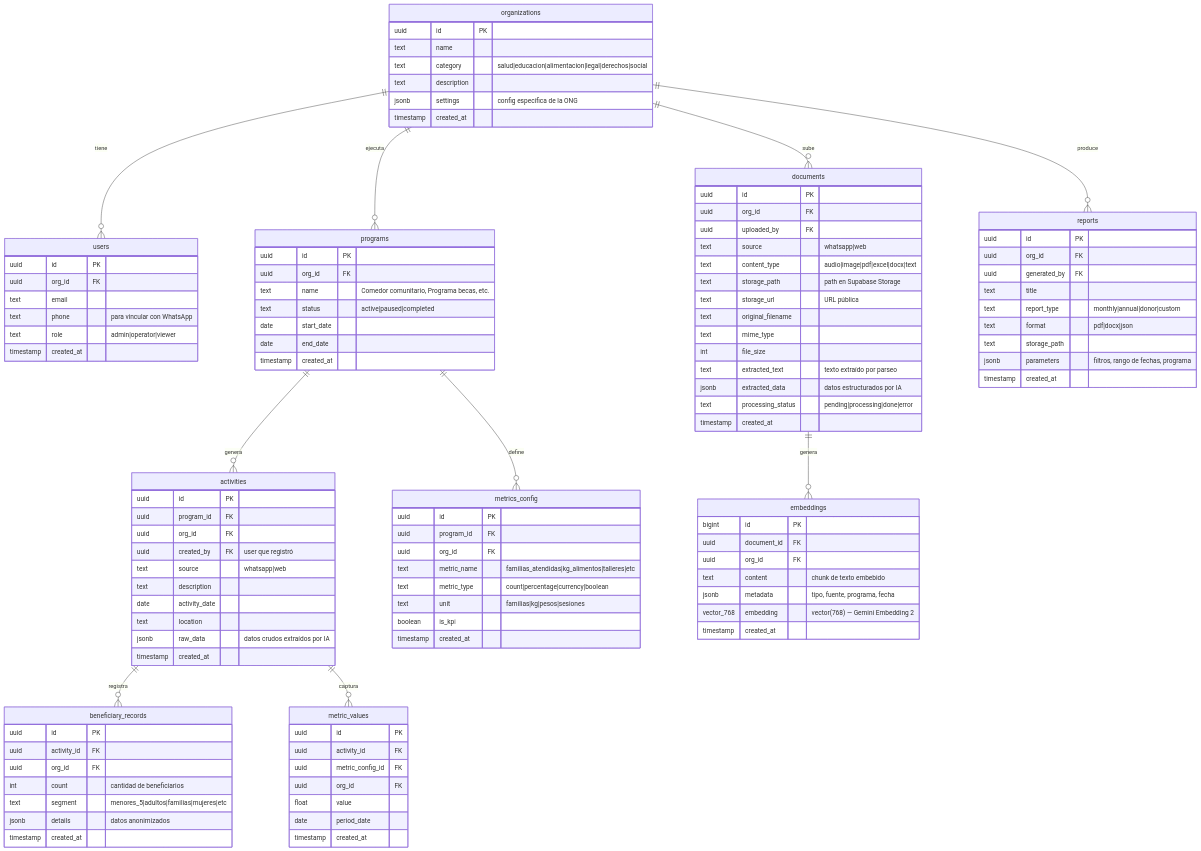
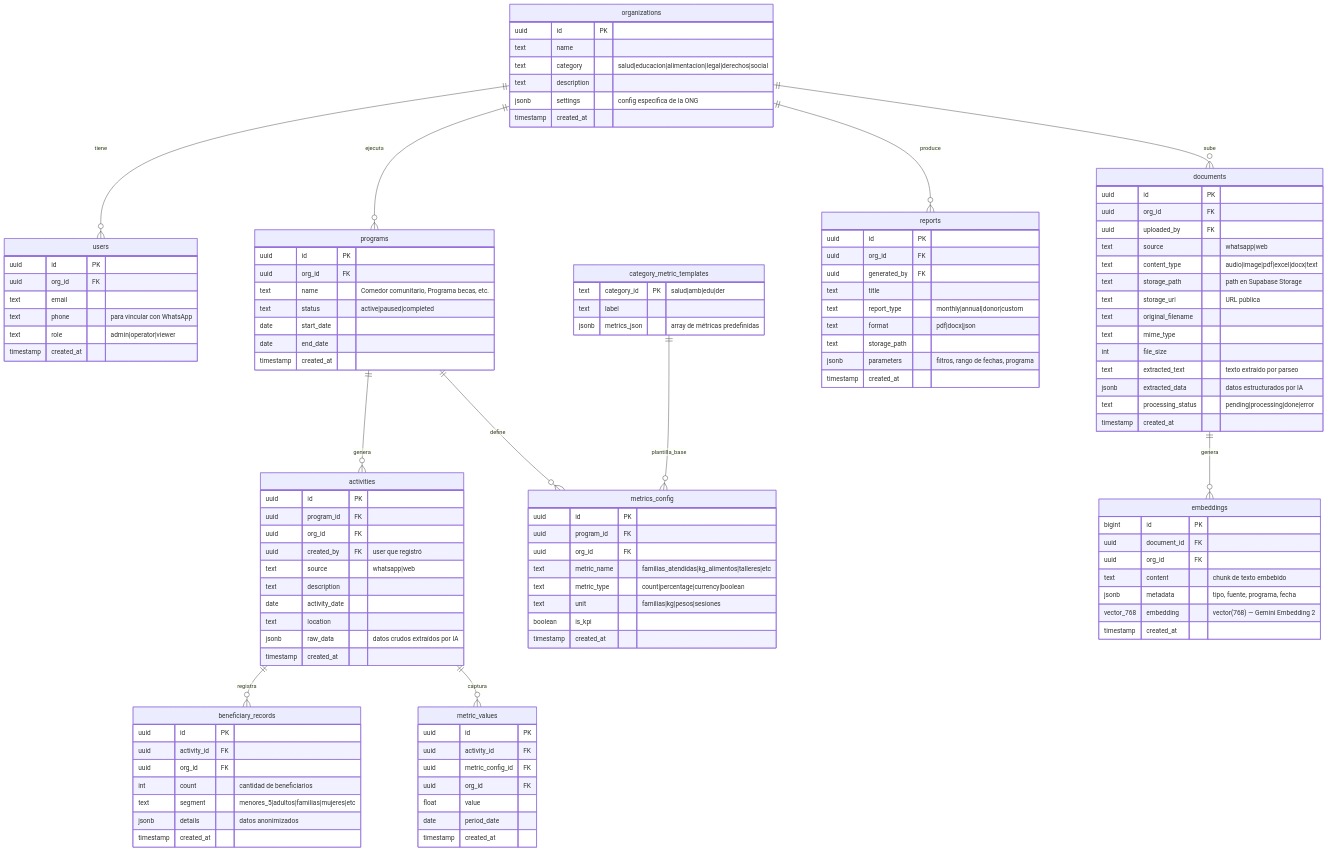
The third of 9 diagrams in contexto.md (JoxAQC/hakelton), drawn with Mermaid before and after one commit. The commit also changed 21 other files, not shown here.

```diff
--- a/contexto.md
+++ b/contexto.md
@@ -124,6 +124,13 @@
     activities ||--o{ metric_values : "captura"
     documents ||--o{ embeddings : "genera"
     organizations ||--o{ reports : "produce"
+    category_metric_templates ||--o{ metrics_config : "plantilla_base"
+
+    category_metric_templates {
+        text category_id PK "salud|amb|edu|der"
+        text label
+        jsonb metrics_json "array de métricas predefinidas"
+    }
 
     organizations {
         uuid id PK
```
